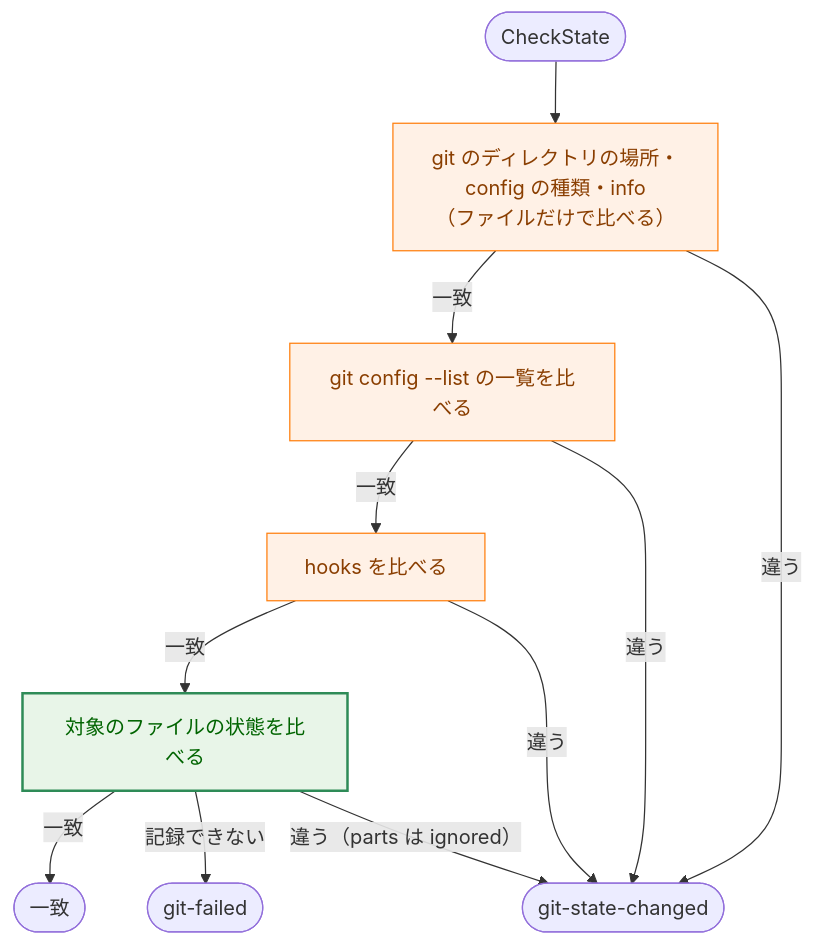
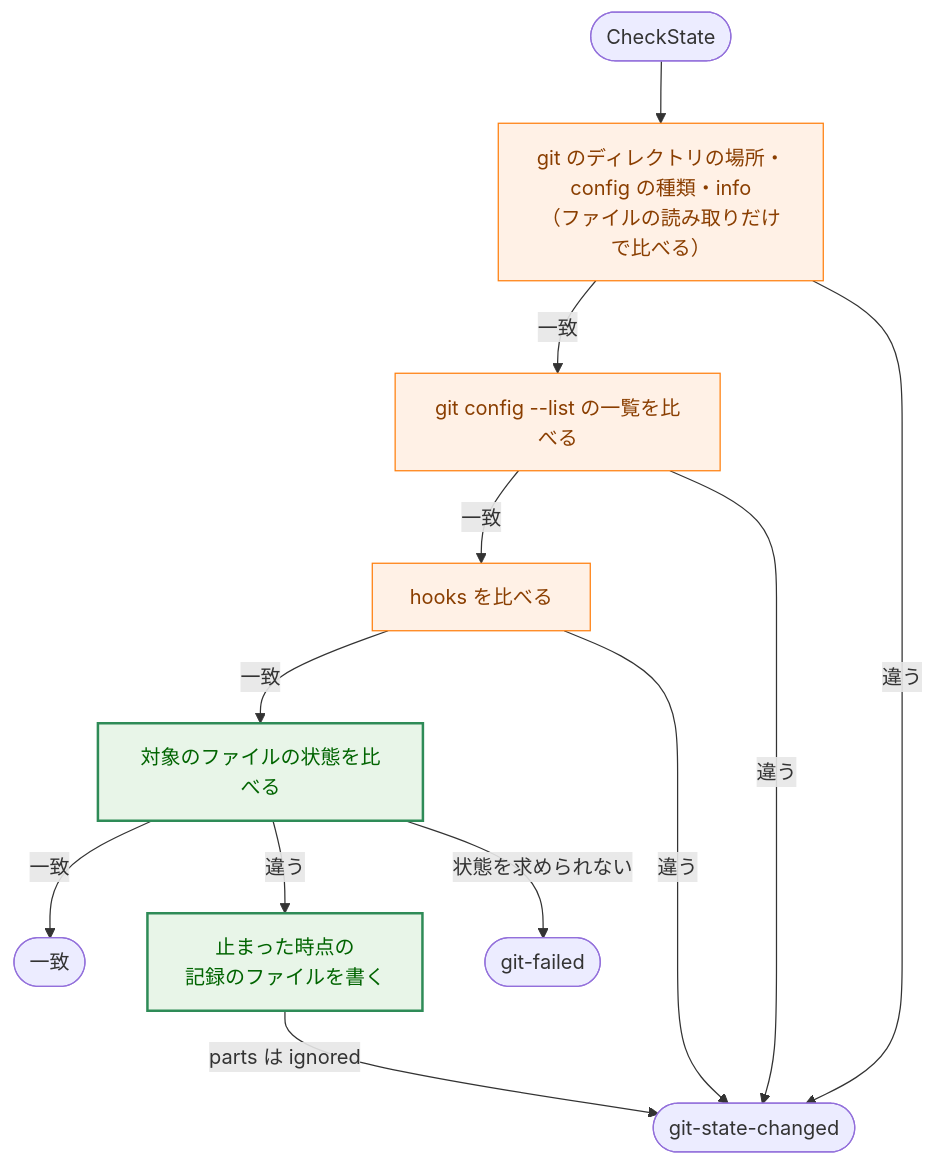
One commit to isseis/yt2column changed the eighth of 11 diagrams in docs/tasks/0034_fixprguard_ignored_files/02_architecture.md. Above: the diagram before and after it, drawn with Mermaid. The commit also changed other lines of this file and 1 other file, not shown here.

First line of the commit message:
docs(0034): address architecture review findings and polish prose

````diff
--- a/docs/tasks/0034_fixprguard_ignored_files/02_architecture.md
+++ b/docs/tasks/0034_fixprguard_ignored_files/02_architecture.md
@@ -497,28 +609,30 @@
 ```mermaid
 flowchart TD
     classDef process fill:#fff1e6,stroke:#ff7f0e,stroke-width:1px,color:#8a3e00;
     classDef enhanced fill:#e8f5e8,stroke:#2e8b57,stroke-width:2px,color:#006400;
 
     START(["CheckState"])
-    FILES["git のディレクトリの場所・config の種類・info<br>（ファイルだけで比べる）"]
+    FILES["git のディレクトリの場所・config の種類・info<br>（ファイルの読み取りだけで比べる）"]
     CFG["git config --list の一覧を比べる"]
     HOOKS["hooks を比べる"]
     IGN["対象のファイルの状態を比べる"]
+    STOPREC["止まった時点の<br>記録のファイルを書く"]
     OK(["一致"])
     DIFF(["git-state-changed"])
     FAIL(["git-failed"])
 
     START --> FILES
     FILES -->|"一致"| CFG
     FILES -->|"違う"| DIFF
     CFG -->|"一致"| HOOKS
     CFG -->|"違う"| DIFF
     HOOKS -->|"一致"| IGN
     HOOKS -->|"違う"| DIFF
     IGN -->|"一致"| OK
-    IGN -->|"違う（parts は ignored）"| DIFF
-    IGN -->|"記録できない"| FAIL
+    IGN -->|"違う"| STOPREC
+    STOPREC -->|"parts は ignored"| DIFF
+    IGN -->|"状態を求められない"| FAIL
 
     class FILES,CFG,HOOKS process
-    class IGN enhanced
+    class IGN,STOPREC enhanced
 ```
````
